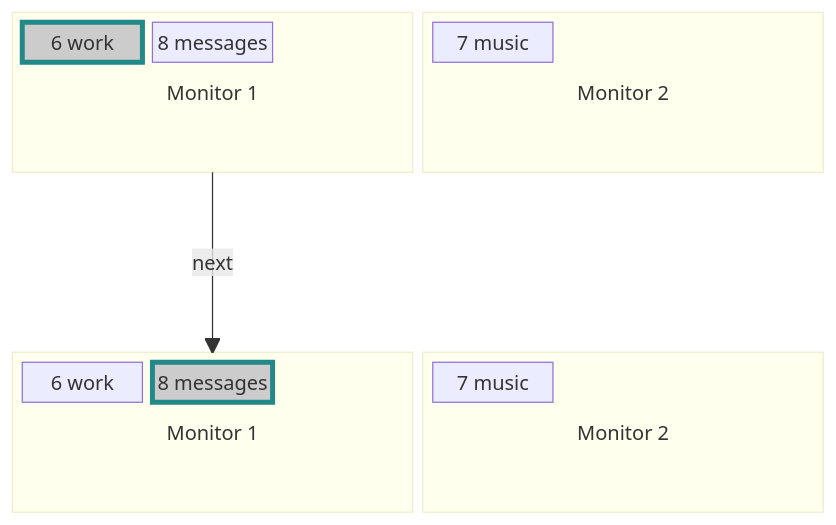
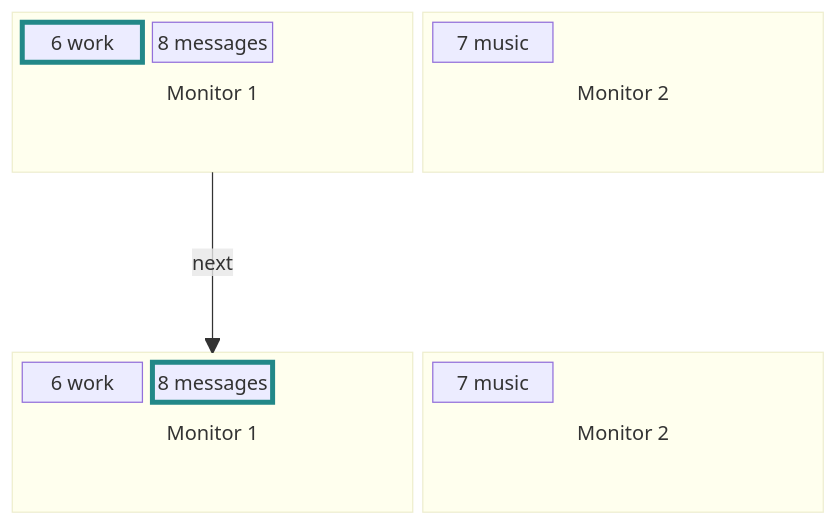
One commit to berezowski/swaymsg_workspace changed the first of 10 diagrams in README.md. Above: the diagram before and after it, drawn with Mermaid. The commit also changed other lines of this file, not shown here.

````diff
--- a/README.md
+++ b/README.md
@@ -12,30 +12,30 @@
 ```mermaid
 block-beta
   columns 2
     block:a1["Monitor 1"]:1
       columns 3
       A1["6 work"]
       B1["8 messages"]
       space:6
     end
     block:a2["Monitor 2"]:1
       columns 3
       A2["7 music"]
       space:6    
     end
   space:2
     block:b1["Monitor 1"]:1
       columns 3
       C1["6 work"]
       D1["8 messages"]
       space:6
     end
     block:b2["Monitor 2"]:1
       columns 3
       B2["7 music"]
       space:6    
     end
   a1 -- "next" --> b1
-  style A1 fill:#ccc,stroke:#288,stroke-width:4px,color:#000
-  style D1 fill:#ccc,stroke:#288,stroke-width:4px,color:#000
+  style A1 stroke:#288,stroke-width:4px
+  style D1 stroke:#288,stroke-width:4px
 ```
````
